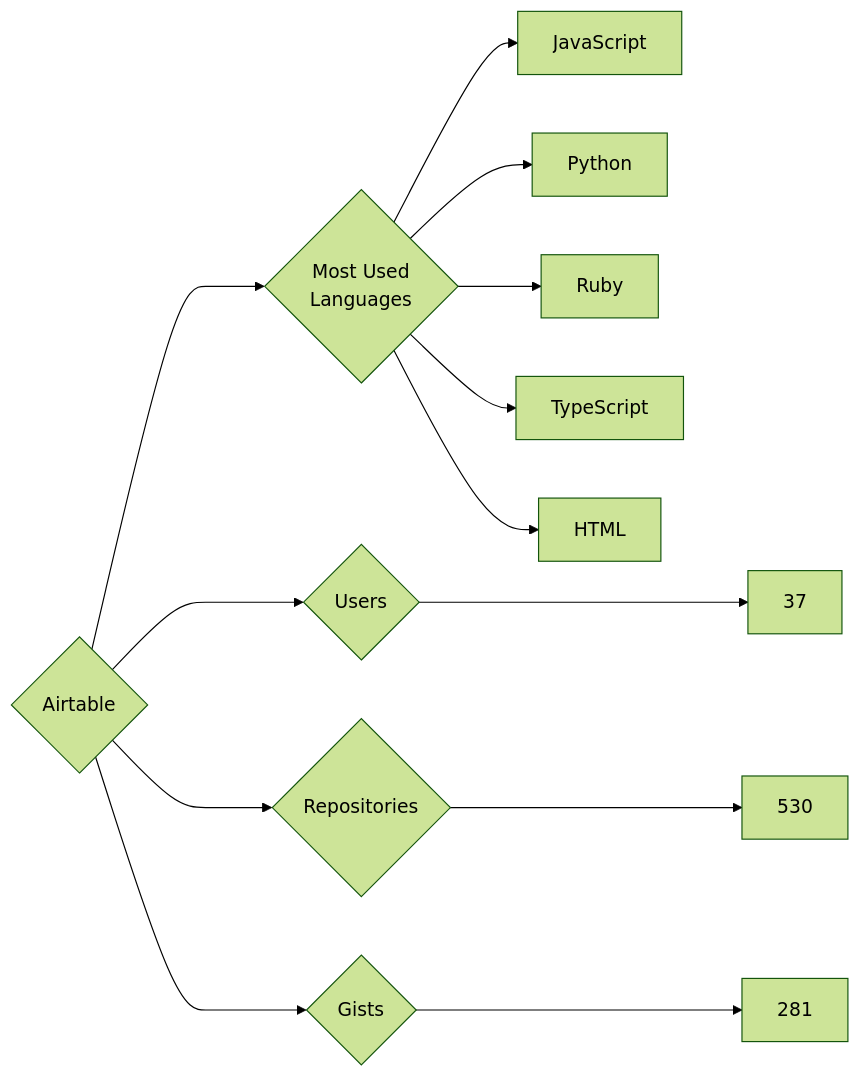
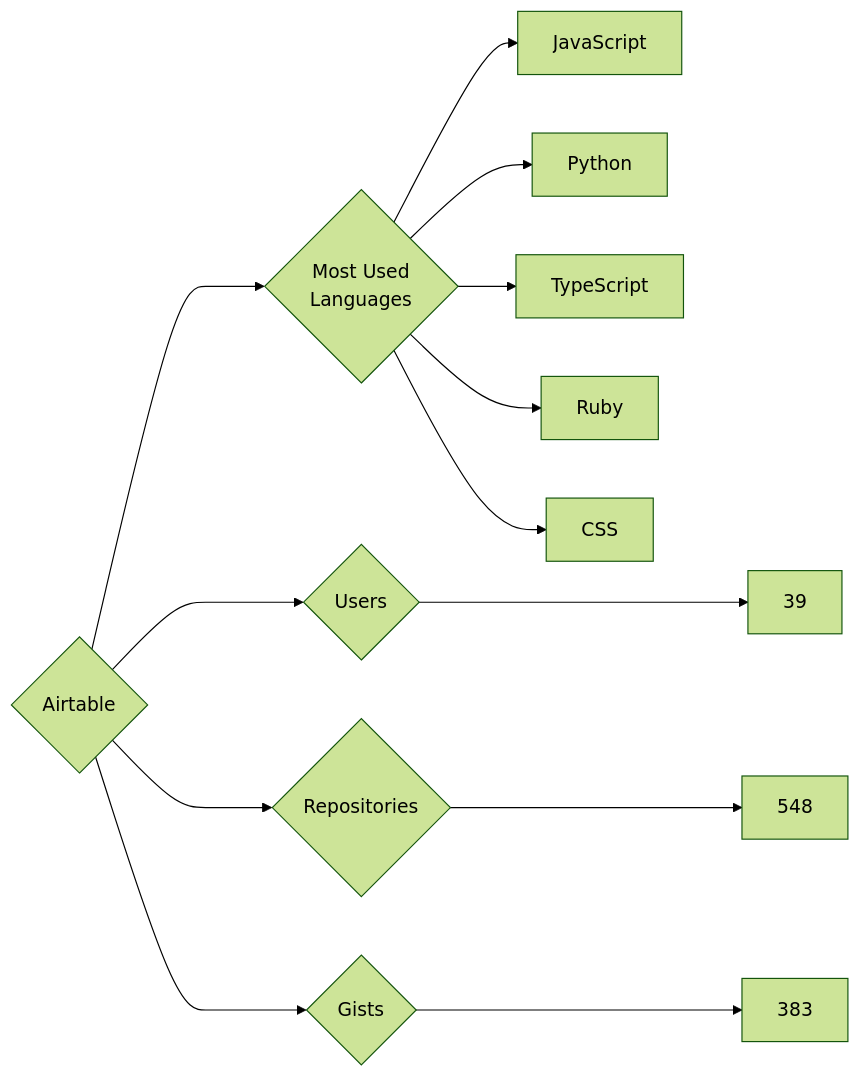
Before and after one commit to trickest/insiders: the diagram in targets/Airtable/README.md, drawn with Mermaid (forest theme). The commit also changed 1314 other files, not shown here.

````diff
--- a/targets/Airtable/README.md
+++ b/targets/Airtable/README.md
@@ -3,13 +3,13 @@
 ```mermaid
 graph LR
 COMPANY_NAME{Airtable}
-COMPANY_NAME ---> U{Users} ---> UN[37]
-COMPANY_NAME ---> R{Repositories} ---> RN[530]
-COMPANY_NAME ---> G{Gists} ---> GN[281]
+COMPANY_NAME ---> U{Users} ---> UN[39]
+COMPANY_NAME ---> R{Repositories} ---> RN[548]
+COMPANY_NAME ---> G{Gists} ---> GN[383]
 COMPANY_NAME ---> ML{Most Used<br>Languages}
 ML --> JavaScript[JavaScript]
 ML --> Python[Python]
+ML --> TypeScript[TypeScript]
 ML --> Ruby[Ruby]
-ML --> TypeScript[TypeScript]
-ML --> HTML[HTML]
+ML --> CSS[CSS]
 ```
````
